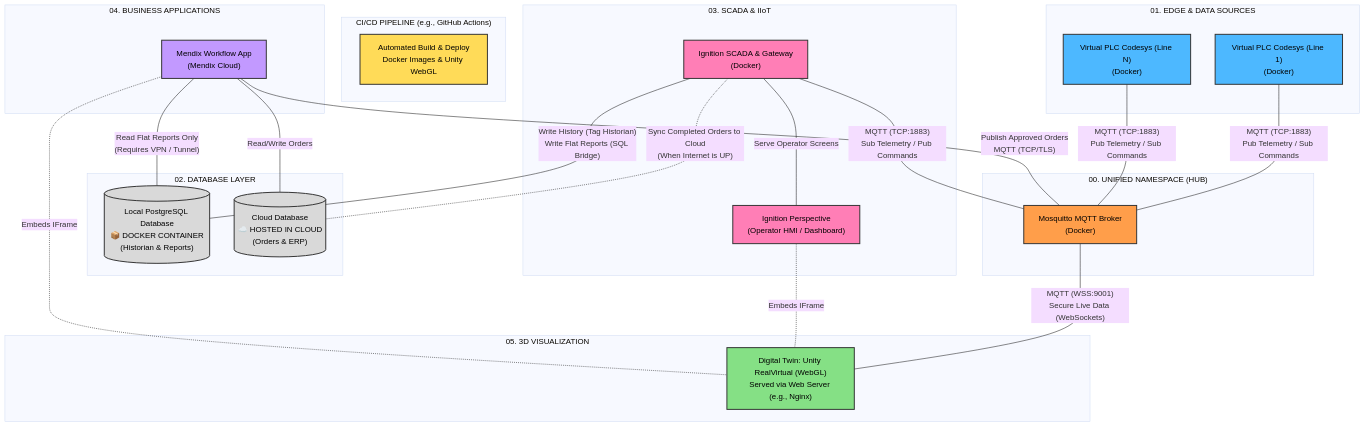
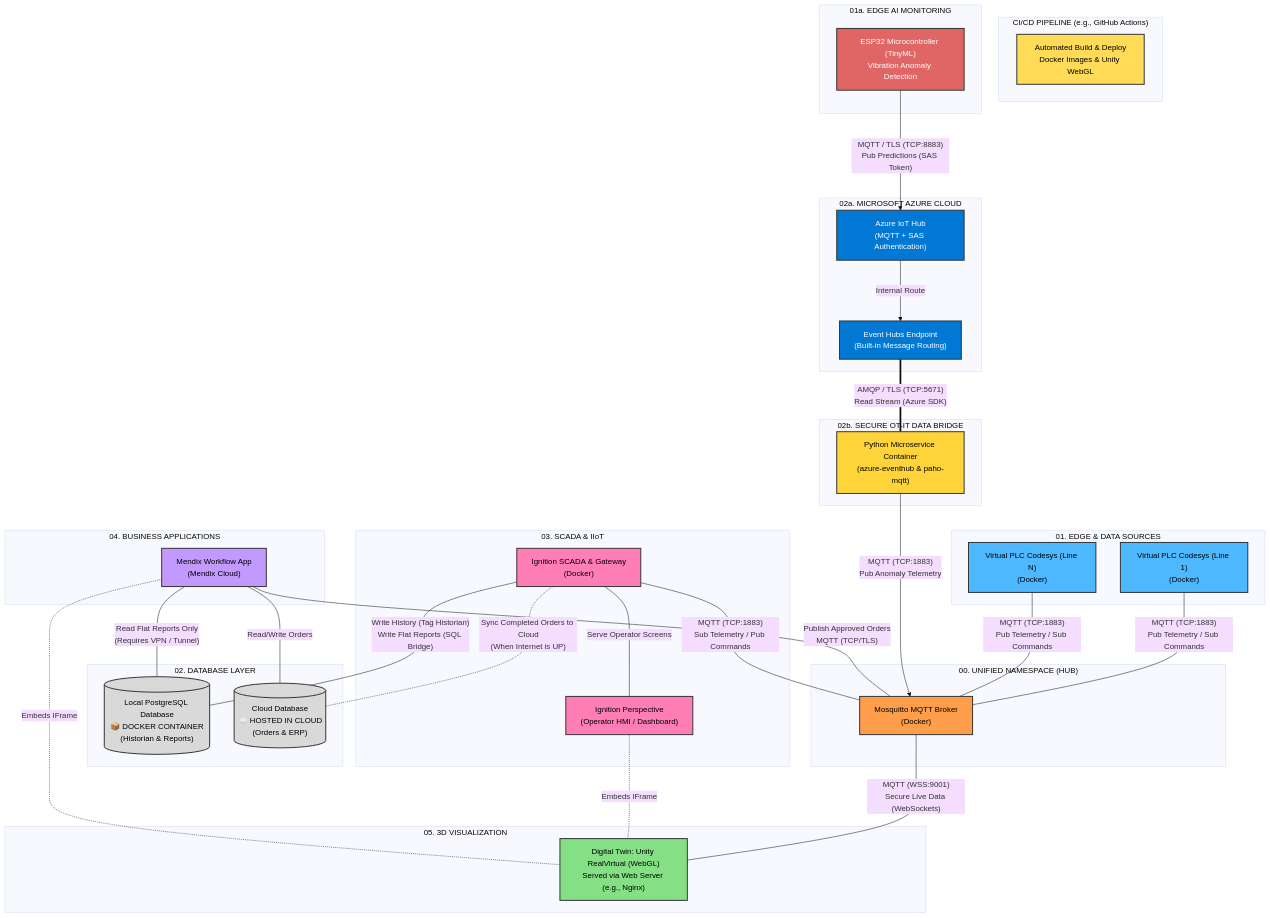
One commit to Szkitles/iiot-smart-factory changed the diagram in Architecture_Diagram_En.md. Above: the diagram before and after it, drawn with Mermaid (base theme). The commit also changed other lines of this file and 1404 other files, not shown here.

First line of the commit message:
feat(iot-bridge): implement secure Edge-to-Cloud OT-IT bridge with ESP32 and Azure

```diff
--- a/Architecture_Diagram_En.md
+++ b/Architecture_Diagram_En.md
@@ -12,6 +16,9 @@
     classDef db fill:#d9d9d9,stroke:#333,stroke-width:2px,color:black;
     classDef app fill:#c299ff,stroke:#333,stroke-width:2px,color:black;
     classDef cicd fill:#ffdb58,stroke:#333,stroke-width:2px,color:black;
+    classDef azure fill:#0078d4,stroke:#333,stroke-width:2px,color:white;
+    classDef python fill:#ffd43b,stroke:#333,stroke-width:2px,color:black;
+    classDef edge fill:#e06666,stroke:#333,stroke-width:2px,color:white;
 
     %% CI/CD Section
     subgraph "CI/CD PIPELINE (e.g., GitHub Actions)"
@@ -27,6 +34,22 @@
     subgraph "01. EDGE & DATA SOURCES"
         Codesys1["Virtual PLC Codesys (Line 1)<br>(Docker)"]:::plc
         CodesysN["Virtual PLC Codesys (Line N)<br>(Docker)"]:::plc
+    end
+
+    %% Edge AI Node (Physical)
+    subgraph "01a. EDGE AI MONITORING"
+        ESP32["ESP32 Microcontroller (TinyML)<br>Vibration Anomaly Detection"]:::edge
+    end
+
+    %% Azure Cloud IoT Layer
+    subgraph "02a. MICROSOFT AZURE CLOUD"
+        IoTHub["Azure IoT Hub<br>(MQTT + SAS Authentication)"]:::azure
+        EventHubs["Event Hubs Endpoint<br>(Built-in Message Routing)"]:::azure
+    end
+
+    %% Local Bridge Container
+    subgraph "02b. SECURE OT-IT DATA BRIDGE"
+        PythonBridge["Python Microservice Container<br>(azure-eventhub & paho-mqtt)"]:::python
     end
 
     %% Database Layer
@@ -55,6 +78,12 @@
     Codesys1 ---|"MQTT (TCP:1883)<br>Pub Telemetry / Sub Commands"| Mosquitto
     CodesysN ---|"MQTT (TCP:1883)<br>Pub Telemetry / Sub Commands"| Mosquitto
 
+    %% Edge AI to Azure Flow
+    ESP32 --->|"MQTT / TLS (TCP:8883)<br>Pub Predictions (SAS Token)"| IoTHub
+    IoTHub --->|"Internal Route"| EventHubs
+    EventHubs ===|"AMQP / TLS (TCP:5671)<br>Read Stream (Azure SDK)"| PythonBridge
+    PythonBridge --->|"MQTT (TCP:1883)<br>Pub Anomaly Telemetry"| Mosquitto
+
     Ignition ---|"MQTT (TCP:1883)<br>Sub Telemetry / Pub Commands"| Mosquitto
     
     %% Orders Flow
```
